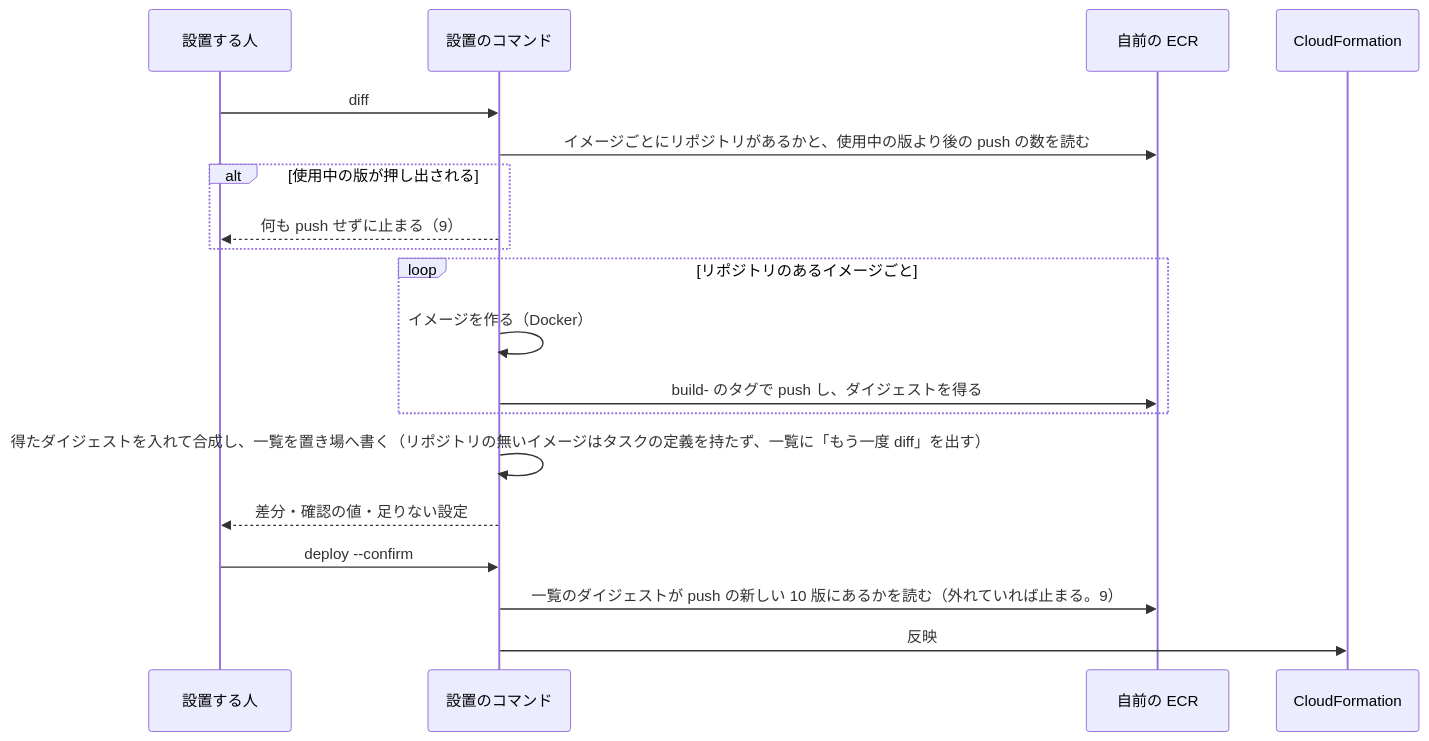
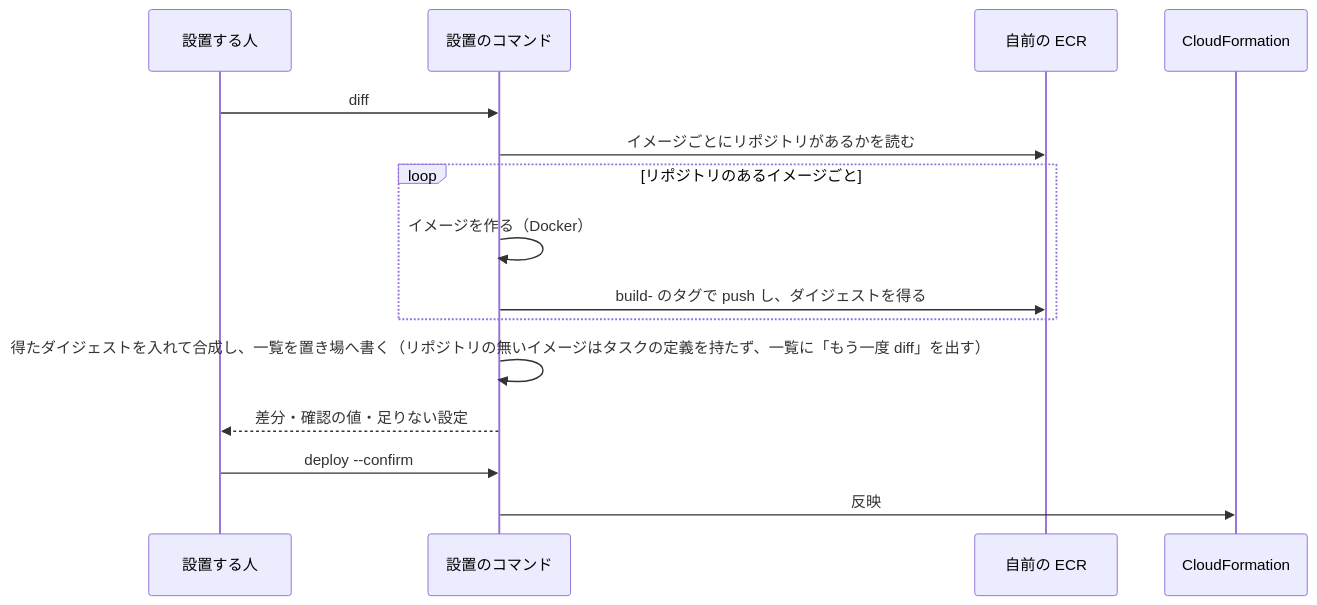
Before and after one commit to devbasex/nd-factory: the fourth of 4 diagrams in issues/issue-13-design.md, drawn with Mermaid. The commit also changed other lines of this file and 2 other files, not shown here.

````diff
--- a/issues/issue-13-design.md
+++ b/issues/issue-13-design.md
@@ -209,21 +208,17 @@
 ```mermaid
 sequenceDiagram
     participant P as 設置する人
     participant S as 設置のコマンド
     participant R as 自前の ECR
     participant C as CloudFormation
     P->>S: diff
-    S->>R: イメージごとにリポジトリがあるかと、使用中の版より後の push の数を読む
-    alt 使用中の版が押し出される
-        S-->>P: 何も push せずに止まる（9）
-    end
+    S->>R: イメージごとにリポジトリがあるかを読む
     loop リポジトリのあるイメージごと
         S->>S: イメージを作る（Docker）
         S->>R: build- のタグで push し、ダイジェストを得る
     end
     S->>S: 得たダイジェストを入れて合成し、一覧を置き場へ書く（リポジトリの無いイメージはタスクの定義を持たず、一覧に「もう一度 diff」を出す）
     S-->>P: 差分・確認の値・足りない設定
     P->>S: deploy --confirm
-    S->>R: 一覧のダイジェストが push の新しい 10 版にあるかを読む（外れていれば止まる。9）
     S->>C: 反映
 ```
````
